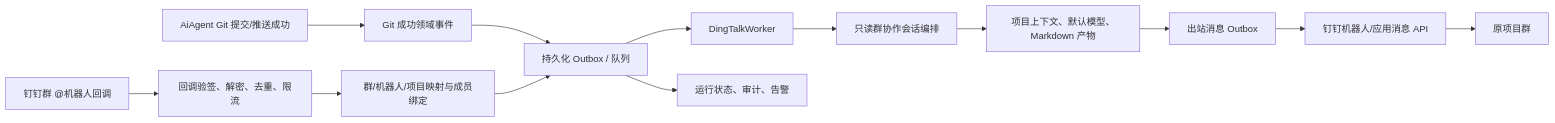
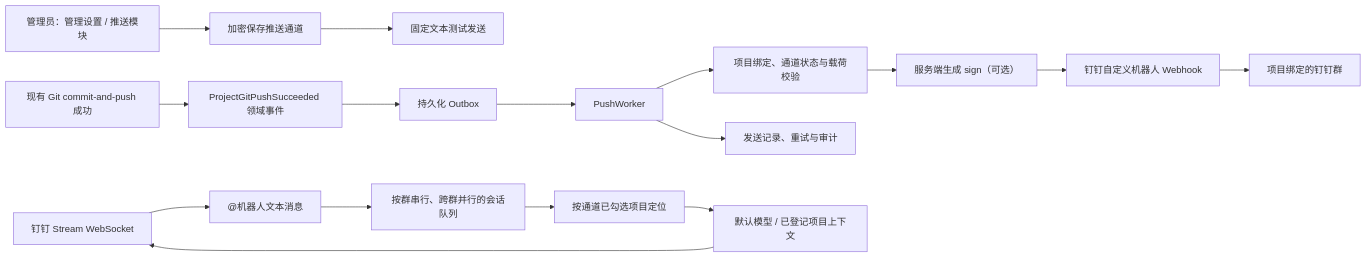
Before and after one commit to zhangle1/AiAgent: the diagram in docs/dingtalk-project-notification-and-group-agent-spec.md, drawn with Mermaid. The commit also changed other lines of this file and 3 other files, not shown here.

````diff
--- a/docs/dingtalk-project-notification-and-group-agent-spec.md
+++ b/docs/dingtalk-project-notification-and-group-agent-spec.md
@@ -38,15 +48,18 @@
 ```mermaid
 flowchart LR
-  A["AiAgent Git 提交/推送成功"] --> B["Git 成功领域事件"]
-  B --> Q["持久化 Outbox / 队列"]
-  C["钉钉群 @机器人回调"] --> V["回调验签、解密、去重、限流"]
-  V --> M["群/机器人/项目映射与成员绑定"]
-  M --> Q
-  Q --> W["DingTalkWorker"]
-  W --> S["只读群协作会话编排"]
-  S --> X["项目上下文、默认模型、Markdown 产物"]
-  X --> O["出站消息 Outbox"]
-  O --> D["钉钉机器人/应用消息 API"]
-  D --> G["原项目群"]
-  Q --> L["运行状态、审计、告警"]
+  A["管理员：管理设置 / 推送模块"] --> C["加密保存推送通道"]
+  C --> T["固定文本测试发送"]
+  G["现有 Git commit-and-push 成功"] --> E["ProjectGitPushSucceeded 领域事件"]
+  E --> O["持久化 Outbox"]
+  O --> W["PushWorker"]
+  W --> V["项目绑定、通道状态与载荷校验"]
+  V --> S["服务端生成 sign（可选）"]
+  S --> D["钉钉自定义机器人 Webhook"]
+  D --> L["项目绑定的钉钉群"]
+  W --> A1["发送记录、重试与审计"]
+  R["钉钉 Stream WebSocket"] --> I["@机器人文本消息"]
+  I --> Q["按群串行、跨群并行的会话队列"]
+  Q --> P["按通道已勾选项目定位"]
+  P --> M["默认模型 / 已登记项目上下文"]
+  M --> R
 ```
````
